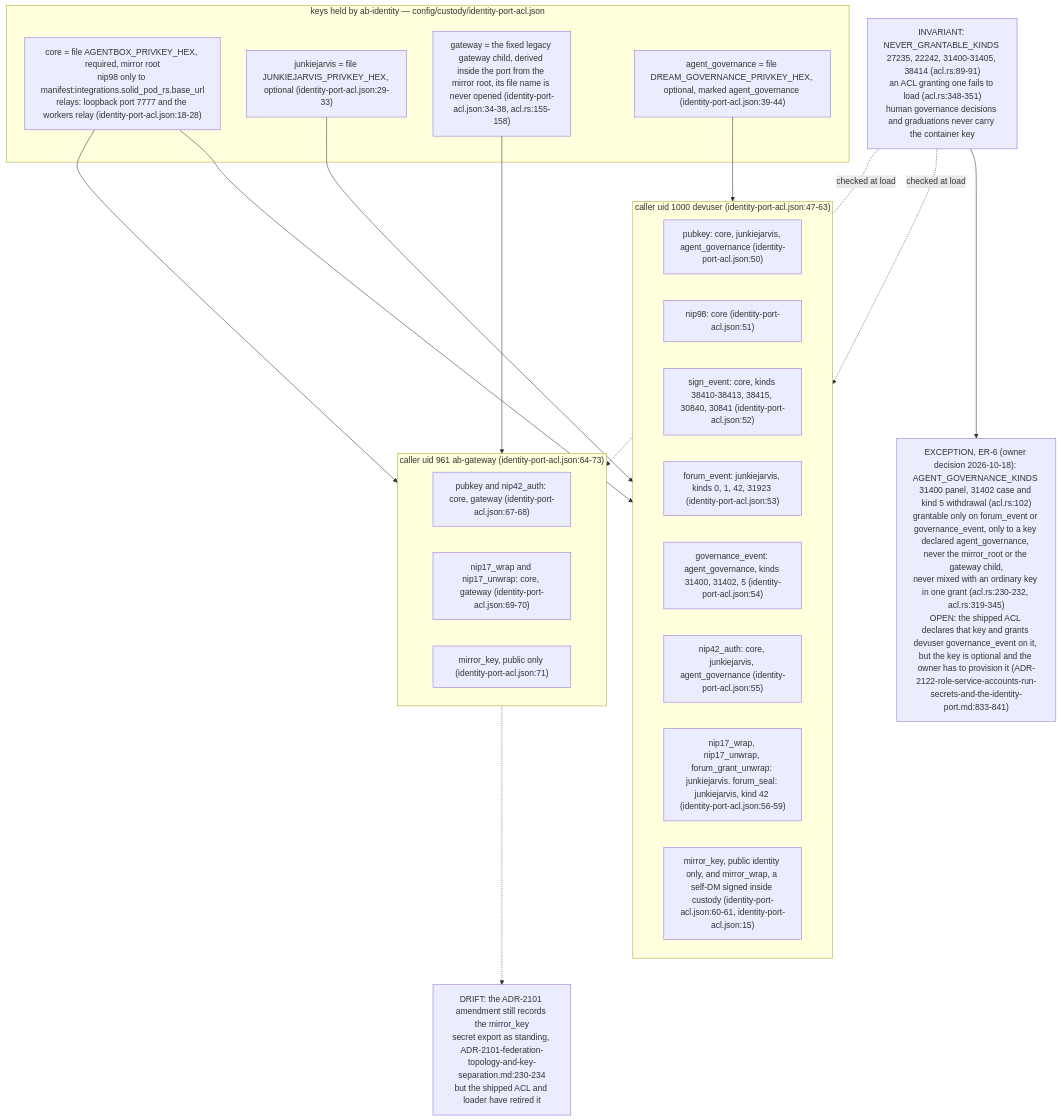
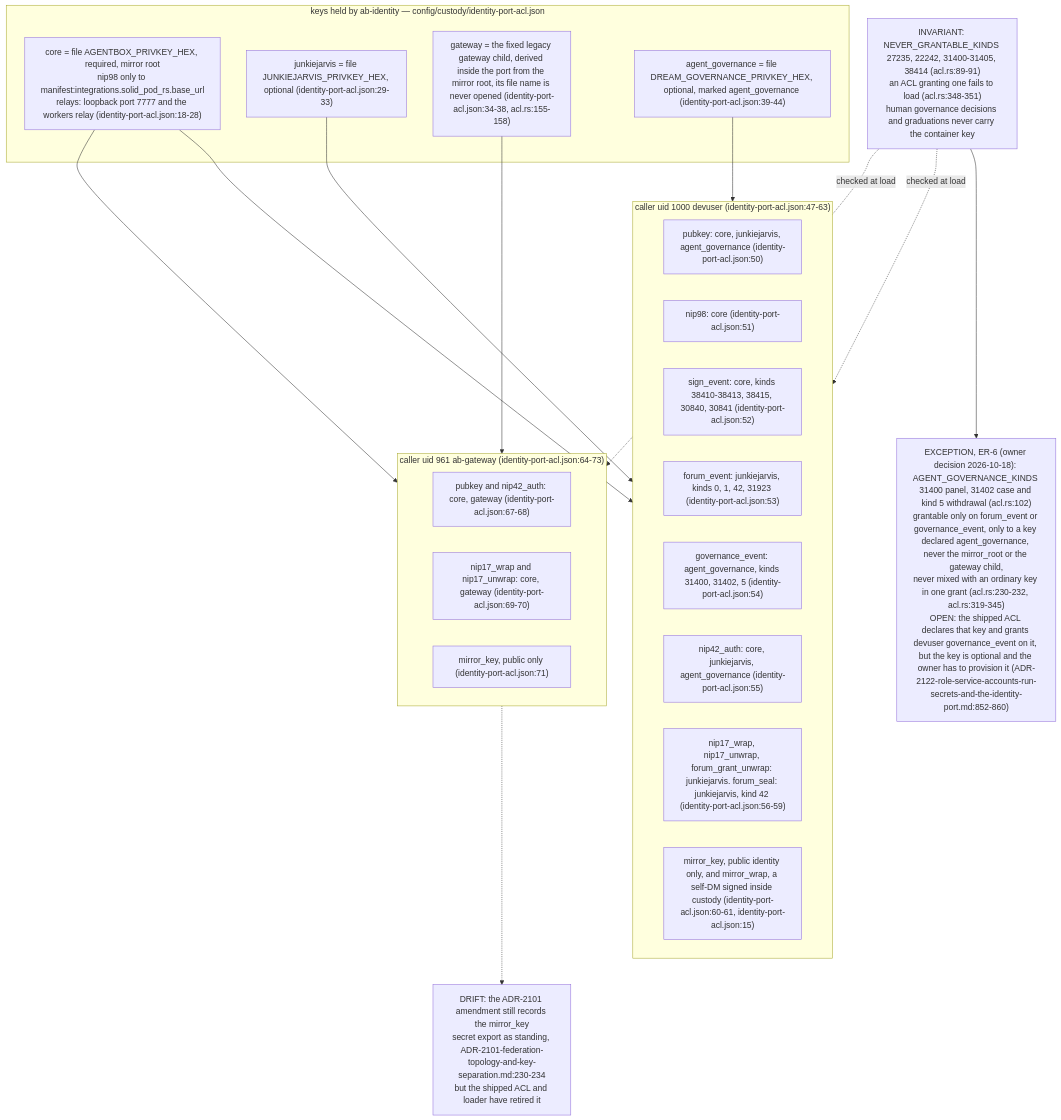
The fifth of 7 diagrams in docs/diagrams/agentbox/36-role-isolation-and-identity-port.md (DreamLab-AI/VisionFlow), drawn with Mermaid before and after one commit. The commit also changed other lines of this file and 8 other files, not shown here.

First line of the commit message:
docs(diagrams): re-verify the NIP-98 proxy topics and the custody counts at agentbox 0693c761c (VF-DIAGRAM-NIP98-DRIFT)

````diff
--- a/docs/diagrams/agentbox/36-role-isolation-and-identity-port.md
+++ b/docs/diagrams/agentbox/36-role-isolation-and-identity-port.md
@@ -189,35 +192,35 @@
 ```mermaid
 flowchart TB
     subgraph KEYS["keys held by ab-identity — config/custody/identity-port-acl.json"]
         CORE["core = file AGENTBOX_PRIVKEY_HEX, required, mirror root<br/>nip98 only to manifest:integrations.solid_pod_rs.base_url<br/>relays: loopback port 7777 and the workers relay (identity-port-acl.json:18-28)"]
         JJ["junkiejarvis = file JUNKIEJARVIS_PRIVKEY_HEX, optional (identity-port-acl.json:29-33)"]
         GK["gateway = the fixed legacy gateway child, derived inside the port from the mirror root, its file name is never opened (identity-port-acl.json:34-38, acl.rs:155-158)"]
         AG["agent_governance = file DREAM_GOVERNANCE_PRIVKEY_HEX, optional, marked agent_governance (identity-port-acl.json:39-44)"]
     end
     subgraph DEV["caller uid 1000 devuser (identity-port-acl.json:47-63)"]
         D1["pubkey: core, junkiejarvis, agent_governance (identity-port-acl.json:50)"]
         D2["nip98: core (identity-port-acl.json:51)"]
         D3["sign_event: core, kinds 38410-38413, 38415, 30840, 30841 (identity-port-acl.json:52)"]
         D4["forum_event: junkiejarvis, kinds 0, 1, 42, 31923 (identity-port-acl.json:53)"]
         D5["governance_event: agent_governance, kinds 31400, 31402, 5 (identity-port-acl.json:54)"]
         D6["nip42_auth: core, junkiejarvis, agent_governance (identity-port-acl.json:55)"]
         D7["nip17_wrap, nip17_unwrap, forum_grant_unwrap: junkiejarvis. forum_seal: junkiejarvis, kind 42 (identity-port-acl.json:56-59)"]
         D8["mirror_key, public identity only, and mirror_wrap, a self-DM signed inside custody (identity-port-acl.json:60-61, identity-port-acl.json:15)"]
     end
     subgraph GWC["caller uid 961 ab-gateway (identity-port-acl.json:64-73)"]
         G1["pubkey and nip42_auth: core, gateway (identity-port-acl.json:67-68)"]
         G2["nip17_wrap and nip17_unwrap: core, gateway (identity-port-acl.json:69-70)"]
         G3["mirror_key, public only (identity-port-acl.json:71)"]
     end
     NEVER["INVARIANT: NEVER_GRANTABLE_KINDS 27235, 22242, 31400-31405, 38414 (acl.rs:89-91)<br/>an ACL granting one fails to load (acl.rs:348-351)<br/>human governance decisions and graduations never carry the container key"]
-    AGENTK["EXCEPTION, ER-6 (owner decision 2026-10-18): AGENT_GOVERNANCE_KINDS 31400 panel, 31402 case and kind 5 withdrawal (acl.rs:102)<br/>grantable only on forum_event or governance_event, only to a key declared agent_governance, never the mirror_root or the gateway child,<br/>never mixed with an ordinary key in one grant (acl.rs:230-232, acl.rs:319-345)<br/>OPEN: the shipped ACL declares that key and grants devuser governance_event on it, but the key is optional and the owner has to provision it (ADR-2122-role-service-accounts-run-secrets-and-the-identity-port.md:833-841)"]
+    AGENTK["EXCEPTION, ER-6 (owner decision 2026-10-18): AGENT_GOVERNANCE_KINDS 31400 panel, 31402 case and kind 5 withdrawal (acl.rs:102)<br/>grantable only on forum_event or governance_event, only to a key declared agent_governance, never the mirror_root or the gateway child,<br/>never mixed with an ordinary key in one grant (acl.rs:230-232, acl.rs:319-345)<br/>OPEN: the shipped ACL declares that key and grants devuser governance_event on it, but the key is optional and the owner has to provision it (ADR-2122-role-service-accounts-run-secrets-and-the-identity-port.md:852-860)"]
     NEVER --> AGENTK
     CORE --> DEV
     JJ --> DEV
     AG --> DEV
     CORE --> GWC
     GK --> GWC
     NEVER -.->|"checked at load"| DEV
     NEVER -.->|"checked at load"| GWC
     GWC -.-> DR2101["DRIFT: the ADR-2101 amendment still records the mirror_key<br/>secret export as standing, ADR-2101-federation-topology-and-key-separation.md:230-234<br/>but the shipped ACL and loader have retired it"]
 ```
````
